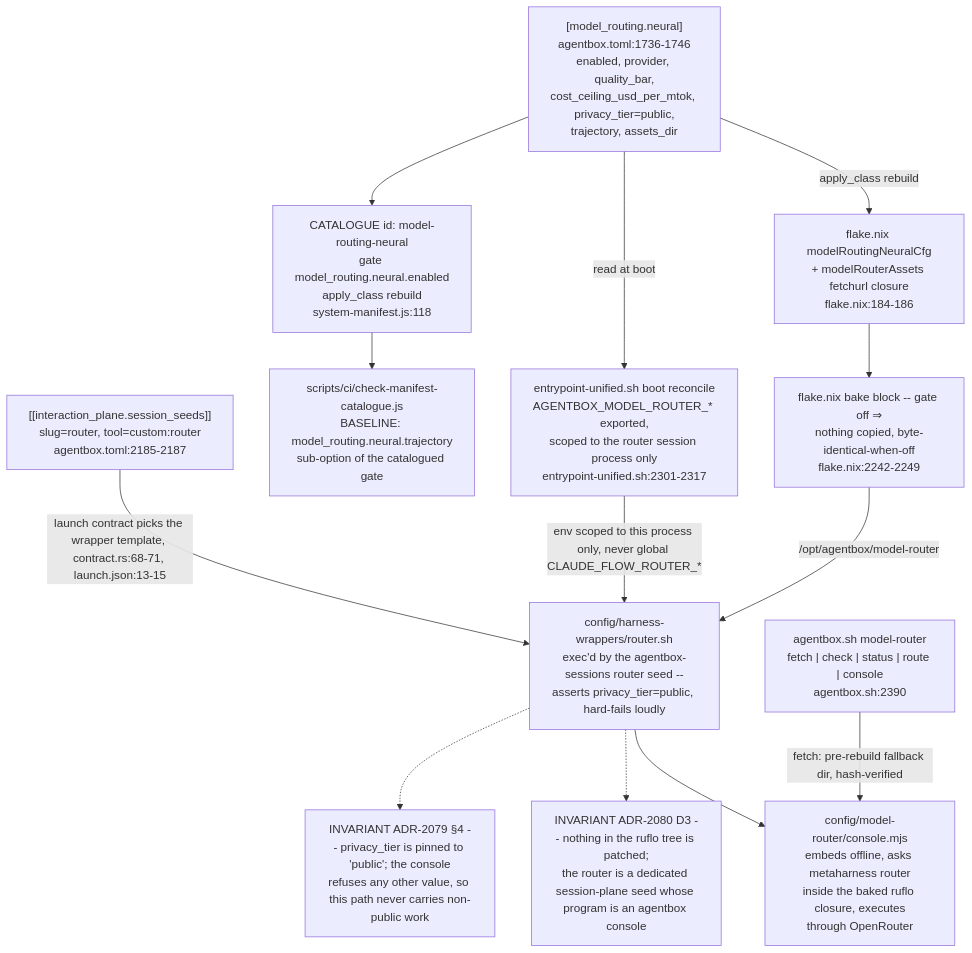
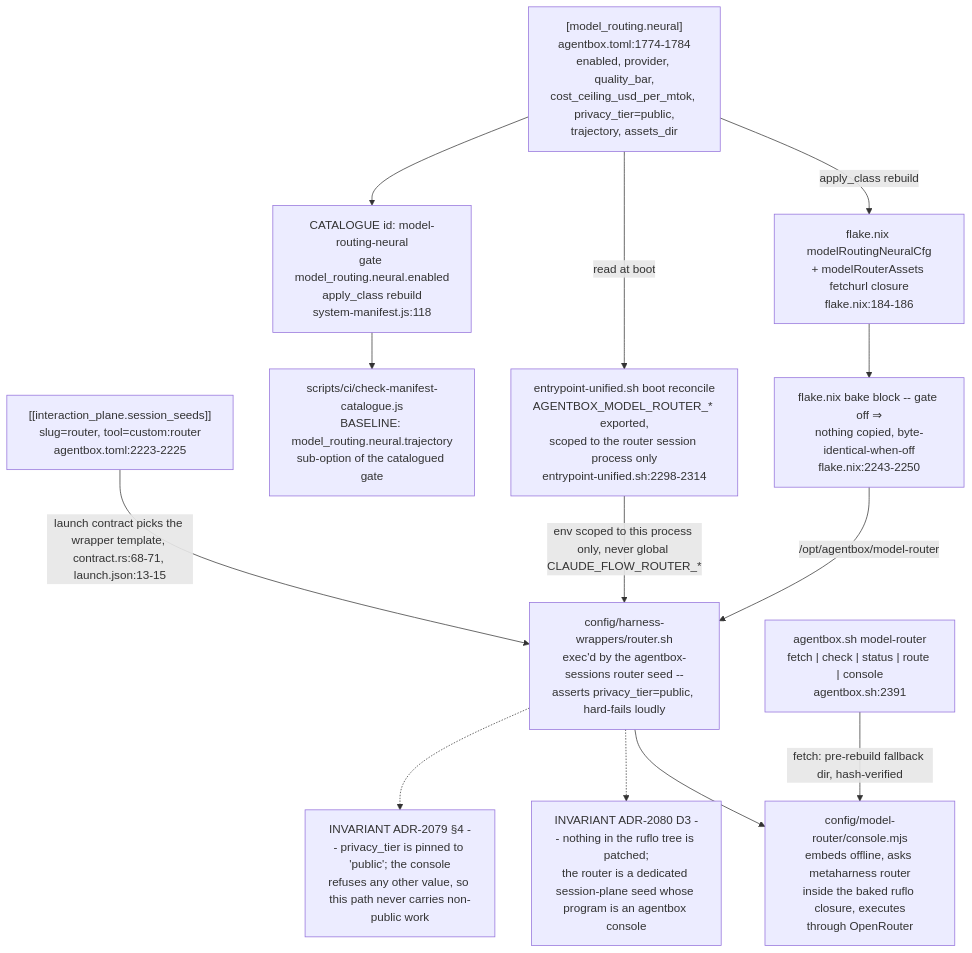
Before and after one commit to DreamLab-AI/VisionFlow: diagram 14 of 15 in docs/diagrams/agentbox/15-capability-gating-spend-consultants.md, drawn with Mermaid. The commit also changed other lines of this file and 173 other files, not shown here.

````diff
--- a/docs/diagrams/agentbox/15-capability-gating-spend-consultants.md
+++ b/docs/diagrams/agentbox/15-capability-gating-spend-consultants.md
@@ -718,29 +706,29 @@
 ```mermaid
 flowchart TD
-    T["[model_routing.neural]<br/>agentbox.toml:1736-1746<br/>enabled, provider, quality_bar,<br/>cost_ceiling_usd_per_mtok, privacy_tier=public,<br/>trajectory, assets_dir"]
-    SEED["[[interaction_plane.session_seeds]]<br/>slug=router, tool=custom:router<br/>agentbox.toml:2185-2187"]
+    T["[model_routing.neural]<br/>agentbox.toml:1774-1784<br/>enabled, provider, quality_bar,<br/>cost_ceiling_usd_per_mtok, privacy_tier=public,<br/>trajectory, assets_dir"]
+    SEED["[[interaction_plane.session_seeds]]<br/>slug=router, tool=custom:router<br/>agentbox.toml:2223-2225"]
     CAT["CATALOGUE id: model-routing-neural<br/>gate model_routing.neural.enabled<br/>apply_class rebuild<br/>system-manifest.js:118"]
     NIX["flake.nix modelRoutingNeuralCfg<br/>+ modelRouterAssets fetchurl closure<br/>flake.nix:184-186"]
-    BAKE["flake.nix bake block -- gate off ⇒<br/>nothing copied, byte-identical-when-off<br/>flake.nix:2242-2249"]
-    ENTRY["entrypoint-unified.sh boot reconcile<br/>AGENTBOX_MODEL_ROUTER_* exported,<br/>scoped to the router session process only<br/>entrypoint-unified.sh:2301-2317"]
+    BAKE["flake.nix bake block -- gate off ⇒<br/>nothing copied, byte-identical-when-off<br/>flake.nix:2243-2250"]
+    ENTRY["entrypoint-unified.sh boot reconcile<br/>AGENTBOX_MODEL_ROUTER_* exported,<br/>scoped to the router session process only<br/>entrypoint-unified.sh:2298-2314"]
     WRAP["config/harness-wrappers/router.sh<br/>exec'd by the agentbox-sessions router seed --<br/>asserts privacy_tier=public, hard-fails loudly"]
     CONSOLE["config/model-router/console.mjs<br/>embeds offline, asks metaharness router<br/>inside the baked ruflo closure, executes<br/>through OpenRouter"]
-    CLI["agentbox.sh model-router<br/>fetch #124; check #124; status #124; route #124; console<br/>agentbox.sh:2390"]
+    CLI["agentbox.sh model-router<br/>fetch #124; check #124; status #124; route #124; console<br/>agentbox.sh:2391"]
     CATCHECK["scripts/ci/check-manifest-catalogue.js<br/>BASELINE: model_routing.neural.trajectory<br/>sub-option of the catalogued gate"]
 
     T -->|"apply_class rebuild"| NIX
     NIX --> BAKE
     BAKE -->|"/opt/agentbox/model-router"| WRAP
     T -->|"read at boot"| ENTRY
     ENTRY -->|"env scoped to this process only, never global CLAUDE_FLOW_ROUTER_*"| WRAP
     SEED -->|"launch contract picks the wrapper template, contract.rs:68-71, launch.json:13-15"| WRAP
     WRAP --> CONSOLE
     CLI -->|"fetch: pre-rebuild fallback dir, hash-verified"| CONSOLE
     T --> CAT
     CAT --> CATCHECK
 
     NOTE1["INVARIANT ADR-2080 D3 -- nothing in the ruflo tree is patched;<br/>the router is a dedicated session-plane seed whose program is an agentbox console"]
     NOTE2["INVARIANT ADR-2079 §4 -- privacy_tier is pinned to 'public'; the console<br/>refuses any other value, so this path never carries non-public work"]
     WRAP -.-> NOTE1
     WRAP -.-> NOTE2
 ```
````
